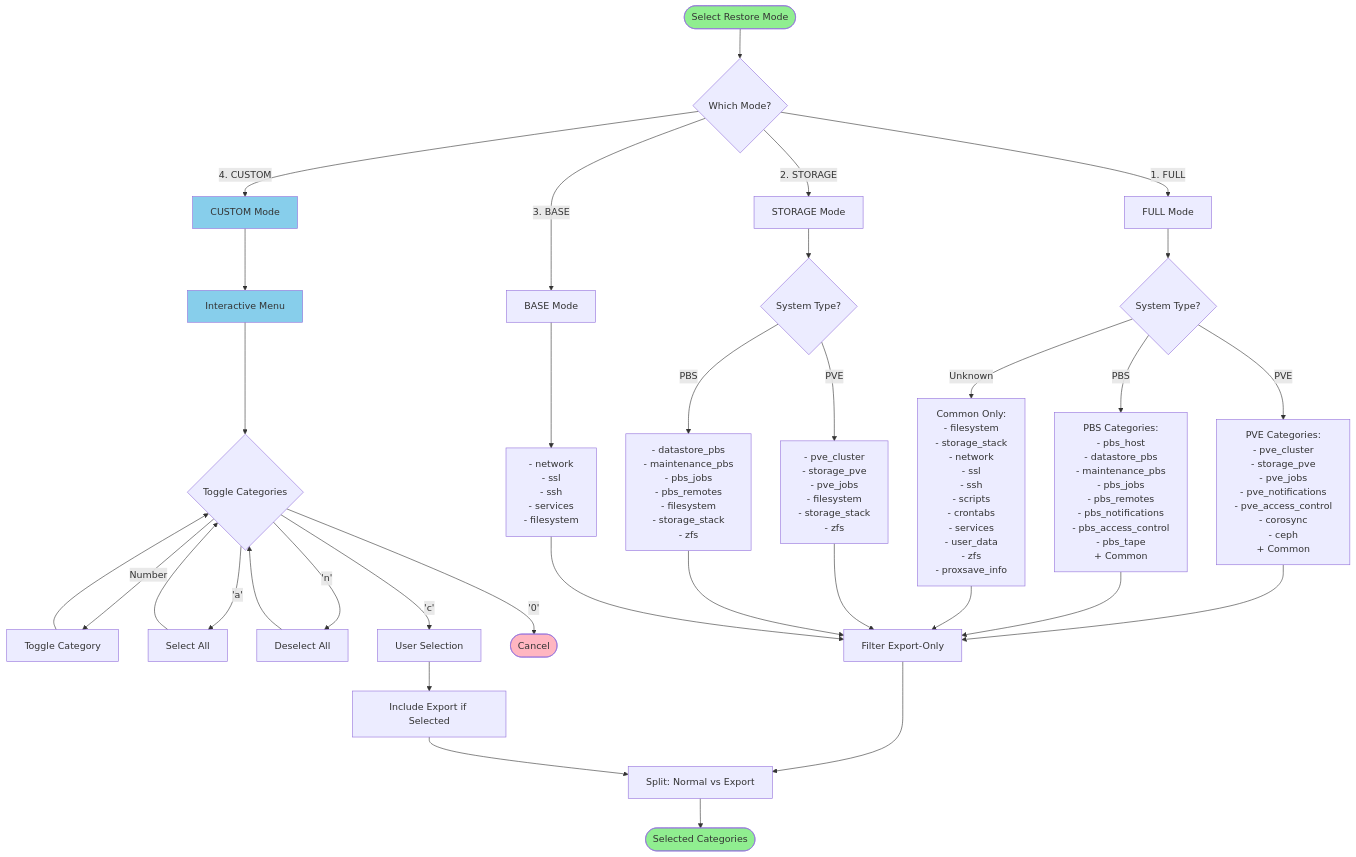
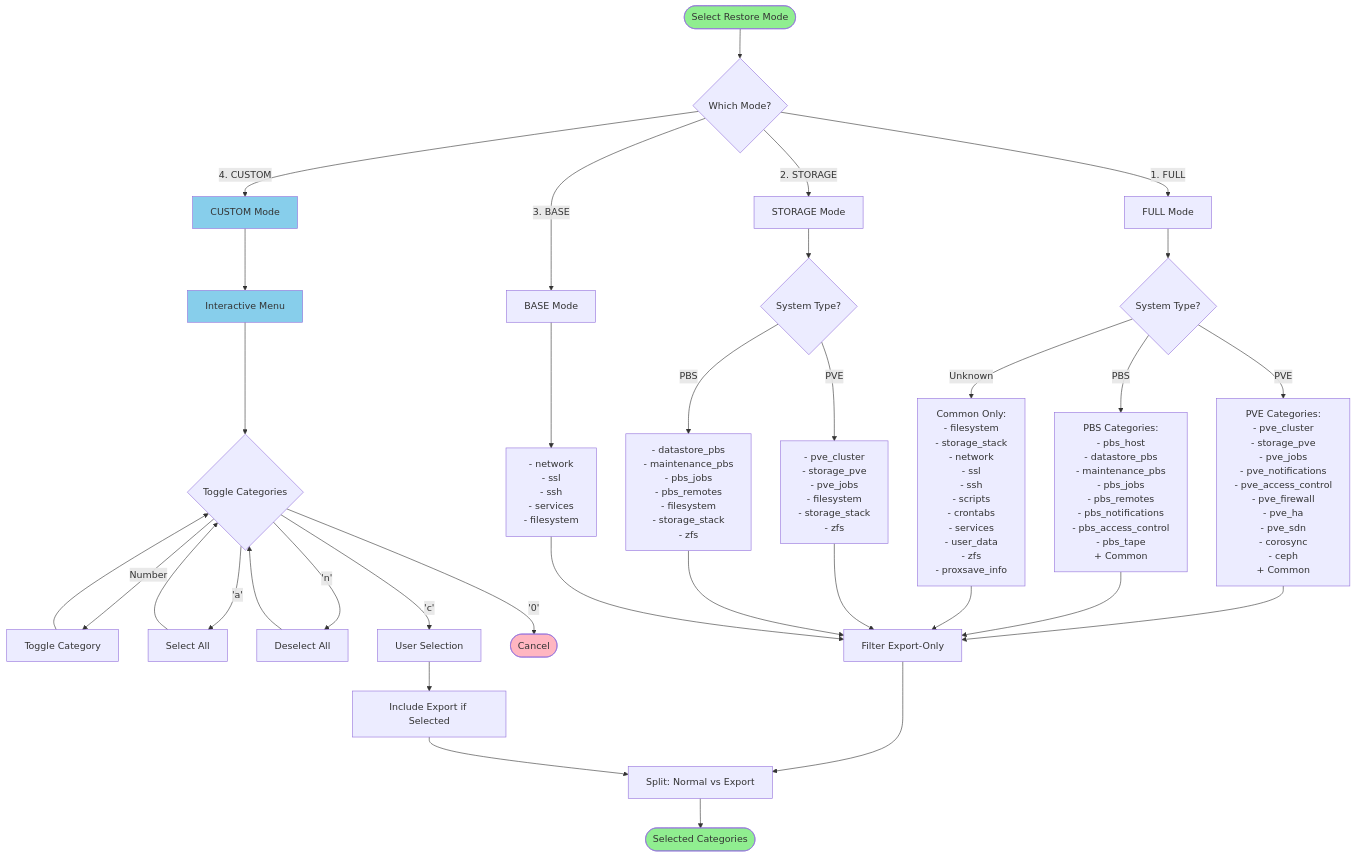
The second of 12 diagrams in docs/RESTORE_DIAGRAMS.md (tis24dev/proxsave), drawn with Mermaid before and after one commit. The commit also changed 7 other files, not shown here.

First line of the commit message:
Add PVE SDN restore handling and tests

````diff
--- a/docs/RESTORE_DIAGRAMS.md
+++ b/docs/RESTORE_DIAGRAMS.md
@@ -91,49 +91,49 @@
 ```mermaid
 flowchart TD
     Start([Select Restore Mode]) --> Mode{Which Mode?}
 
     Mode -->|1. FULL| Full[FULL Mode]
     Mode -->|2. STORAGE| Storage[STORAGE Mode]
     Mode -->|3. BASE| Base[BASE Mode]
     Mode -->|4. CUSTOM| Custom[CUSTOM Mode]
 
     Full --> SystemFull{System Type?}
-    SystemFull -->|PVE| PVEFull[PVE Categories:<br/>- pve_cluster<br/>- storage_pve<br/>- pve_jobs<br/>- pve_notifications<br/>- pve_access_control<br/>- corosync<br/>- ceph<br/>+ Common]
+    SystemFull -->|PVE| PVEFull[PVE Categories:<br/>- pve_cluster<br/>- storage_pve<br/>- pve_jobs<br/>- pve_notifications<br/>- pve_access_control<br/>- pve_firewall<br/>- pve_ha<br/>- pve_sdn<br/>- corosync<br/>- ceph<br/>+ Common]
     SystemFull -->|PBS| PBSFull[PBS Categories:<br/>- pbs_host<br/>- datastore_pbs<br/>- maintenance_pbs<br/>- pbs_jobs<br/>- pbs_remotes<br/>- pbs_notifications<br/>- pbs_access_control<br/>- pbs_tape<br/>+ Common]
     SystemFull -->|Unknown| CommonFull[Common Only:<br/>- filesystem<br/>- storage_stack<br/>- network<br/>- ssl<br/>- ssh<br/>- scripts<br/>- crontabs<br/>- services<br/>- user_data<br/>- zfs<br/>- proxsave_info]
 
     Storage --> SystemStorage{System Type?}
     SystemStorage -->|PVE| PVEStorage[- pve_cluster<br/>- storage_pve<br/>- pve_jobs<br/>- filesystem<br/>- storage_stack<br/>- zfs]
     SystemStorage -->|PBS| PBSStorage[- datastore_pbs<br/>- maintenance_pbs<br/>- pbs_jobs<br/>- pbs_remotes<br/>- filesystem<br/>- storage_stack<br/>- zfs]
 
     Base --> BaseCats[- network<br/>- ssl<br/>- ssh<br/>- services<br/>- filesystem]
 
     Custom --> CheckboxMenu[Interactive Menu]
     CheckboxMenu --> ToggleLoop{Toggle Categories}
     ToggleLoop -->|Number| Toggle[Toggle Category]
     Toggle --> ToggleLoop
     ToggleLoop -->|'a'| SelectAll[Select All]
     SelectAll --> ToggleLoop
     ToggleLoop -->|'n'| DeselectAll[Deselect All]
     DeselectAll --> ToggleLoop
     ToggleLoop -->|'c'| CustomSelected[User Selection]
     ToggleLoop -->|'0'| Cancel([Cancel])
 
     PVEFull --> FilterExport[Filter Export-Only]
     PBSFull --> FilterExport
     CommonFull --> FilterExport
     PVEStorage --> FilterExport
     PBSStorage --> FilterExport
     BaseCats --> FilterExport
     CustomSelected --> NoFilter[Include Export if Selected]
 
     FilterExport --> Split[Split: Normal vs Export]
     NoFilter --> Split
     Split --> Result([Selected Categories])
 
     style Start fill:#90EE90
     style Result fill:#90EE90
     style Cancel fill:#FFB6C1
     style Custom fill:#87CEEB
     style CheckboxMenu fill:#87CEEB
 ```
````
